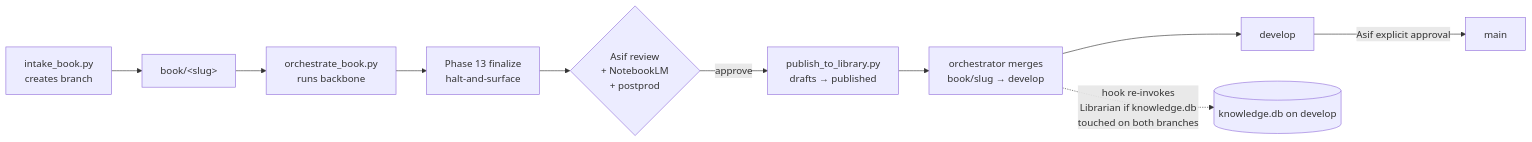
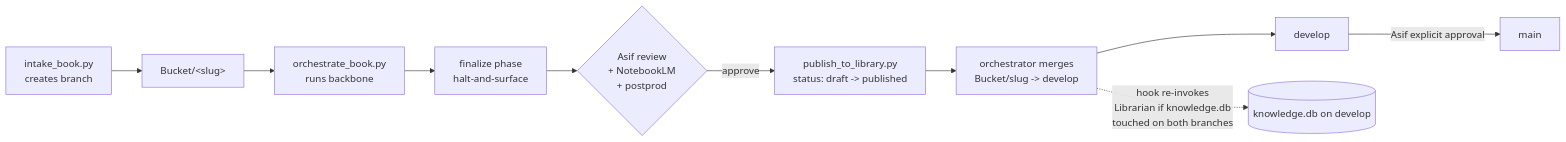
Diagram 11 of 12 in _workspace/plan/architecture.md (asifhussain60/podcast-factory), drawn with Mermaid before and after one commit. The commit also changed other lines of this file and 3 other files, not shown here.

First line of the commit message:
docs(architecture): flag stale branch/phase-numbering model, add 2026-07-16 corrections

````diff
--- a/_workspace/plan/architecture.md
+++ b/_workspace/plan/architecture.md
@@ -472,12 +497,12 @@
 ```mermaid
 flowchart LR
-    INTAKE[intake_book.py<br/>creates branch] --> BRANCH[book/&lt;slug&gt;]
+    INTAKE[intake_book.py<br/>creates branch] --> BRANCH[Bucket/&lt;slug&gt;]
     BRANCH --> ORCH[orchestrate_book.py<br/>runs backbone]
-    ORCH --> FINALIZE[Phase 13 finalize<br/>halt-and-surface]
+    ORCH --> FINALIZE[finalize phase<br/>halt-and-surface]
     FINALIZE --> REVIEW{Asif review<br/>+ NotebookLM<br/>+ postprod}
-    REVIEW -->|approve| PUB[publish_to_library.py<br/>drafts → published]
-    PUB --> MERGE[orchestrator merges<br/>book/slug → develop]
+    REVIEW -->|approve| PUB[publish_to_library.py<br/>status: draft -> published]
+    PUB --> MERGE[orchestrator merges<br/>Bucket/slug -> develop]
     MERGE --> DEV[develop]
     DEV -->|Asif explicit approval| MAIN[main]
     MERGE -.->|hook re-invokes<br/>Librarian if knowledge.db<br/>touched on both branches| KB[(knowledge.db on develop)]
 ```
````
